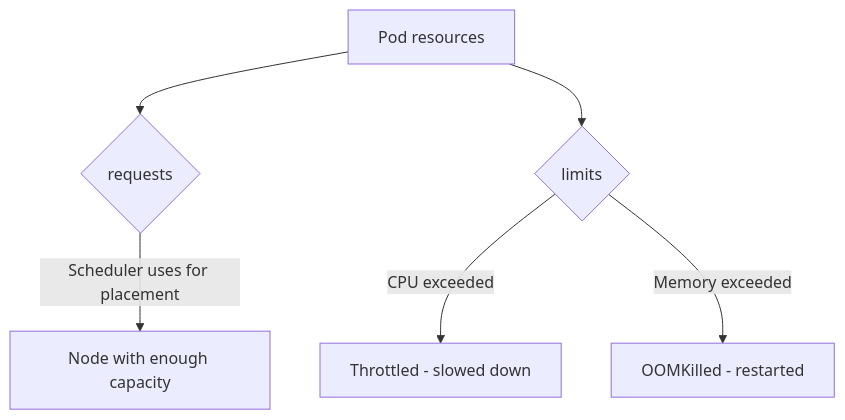
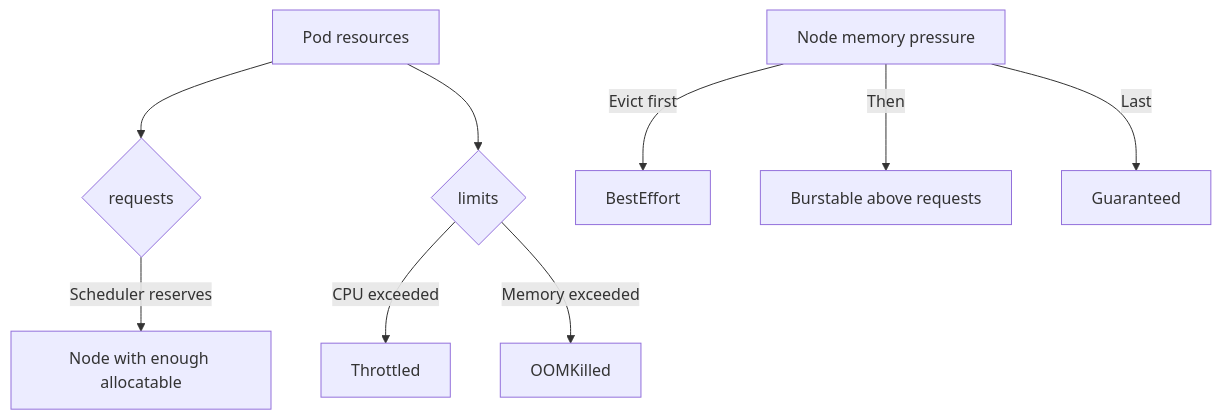
Before and after one commit to greg4fun/kubernetesrecipes.github.io: the diagram in src/content/recipes/kubernetes-resource-requests-limits.md, drawn with Mermaid. The commit also changed other lines of this file and 403 other files, not shown here.

````diff
--- a/src/content/recipes/kubernetes-resource-requests-limits.md
+++ b/src/content/recipes/kubernetes-resource-requests-limits.md
@@ -90,8 +111,11 @@
 ```mermaid
 graph TD
     A[Pod resources] --> B{requests}
-    B -->|Scheduler uses for placement| C[Node with enough capacity]
+    B -->|Scheduler reserves| C[Node with enough allocatable]
     A --> D{limits}
-    D -->|CPU exceeded| E[Throttled - slowed down]
-    D -->|Memory exceeded| F[OOMKilled - restarted]
+    D -->|CPU exceeded| E[Throttled]
+    D -->|Memory exceeded| F[OOMKilled]
+    G[Node memory pressure] -->|Evict first| H[BestEffort]
+    G -->|Then| I[Burstable above requests]
+    G -->|Last| J[Guaranteed]
 ```
````
